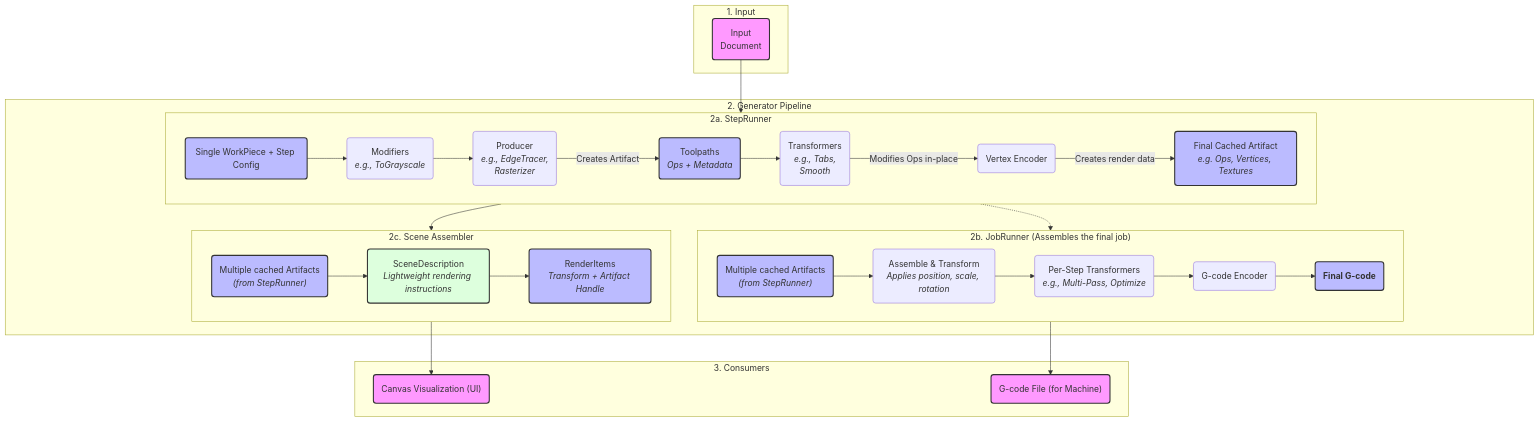
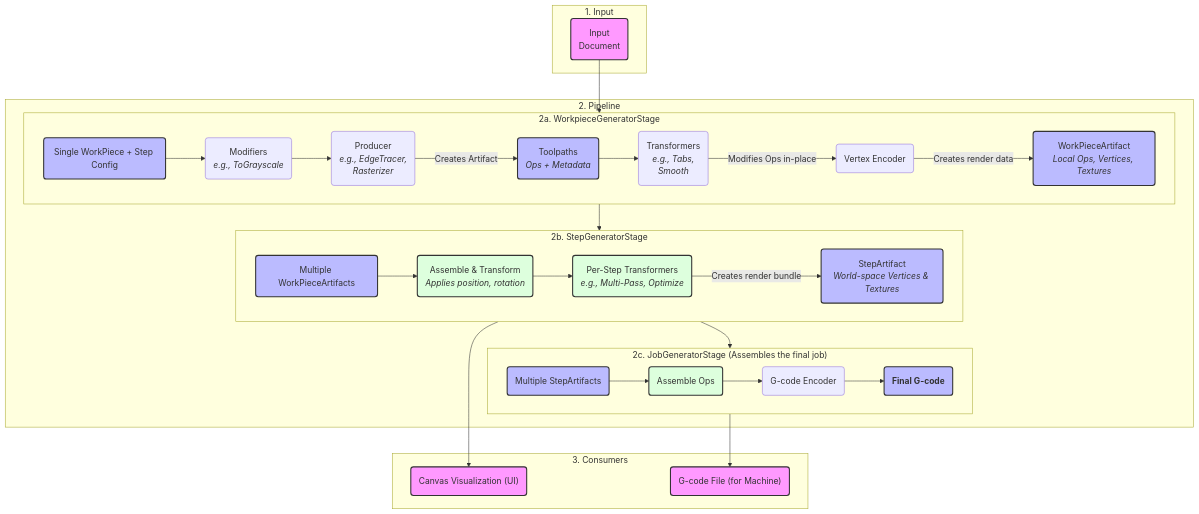
Before and after one commit to yuri-schmaltz/my-rayforge: the diagram in website/content/docs/developer/pipeline.md, drawn with Mermaid. The commit also changed other lines of this file and 21 other files, not shown here.

Commit message:
rename OpsGenerator to pipeline everywhere

````diff
--- a/website/content/docs/developer/pipeline.md
+++ b/website/content/docs/developer/pipeline.md
@@ -7,53 +7,53 @@
 ```mermaid
 graph TD
     subgraph "1. Input"
         Input("Input<br/>Document")
     end
 
-    subgraph "2. Generator Pipeline"
-        subgraph "2a. StepRunner"
+    subgraph "2. Pipeline"
+        subgraph "2a. WorkpieceGeneratorStage"
             direction LR
             A(Single WorkPiece + Step Config);
             A --> B(Modifiers<br/><i>e.g., ToGrayscale</i>);
             B --> C(Producer<br/><i>e.g., EdgeTracer,<br/>Rasterizer</i>);
             C -- "Creates Artifact" --> D("Toolpaths<br/><i>Ops + Metadata</i>");
             D --> E(Transformers<br/><i>e.g., Tabs,<br/>Smooth</i>);
             E -- "Modifies Ops in-place" --> F(Vertex Encoder);
-            F -- "Creates render data" --> G("Final Cached Artifact<br/><i>e.g. Ops, Vertices, Textures</i>");
+            F -- "Creates render data" --> G("WorkPieceArtifact<br/><i>Local Ops, Vertices, Textures</i>");
+        end
+        
+        subgraph "2b. StepGeneratorStage"
+            direction LR
+            H("Multiple WorkPieceArtifacts");
+            H --> I(Assemble & Transform<br/><i>Applies position, rotation</i>);
+            I --> J(Per-Step Transformers<br/><i>e.g., Multi-Pass, Optimize</i>);
+            J -- "Creates render bundle" --> K("StepArtifact<br/><i>World-space Vertices & Textures</i>")
         end
 
-        subgraph "2c. Scene Assembler"
+        subgraph "2c. JobGeneratorStage (Assembles the final job)"
             direction LR
-            H("Multiple cached Artifacts<br/><i>(from StepRunner)</i>");
-            H --> I(SceneDescription<br/><i>Lightweight rendering instructions</i>);
-            I --> J("RenderItems<br/><i>Transform + Artifact Handle</i>");
-        end
-
-        subgraph "2b. JobRunner (Assembles the final job)"
-            direction LR
-            K("Multiple cached Artifacts<br/><i>(from StepRunner)</i>");
-            K --> L(Assemble & Transform<br/><i>Applies position, scale, rotation</i>);
-            L --> M(Per-Step Transformers<br/><i>e.g., Multi-Pass, Optimize</i>);
+            L("Multiple StepArtifacts");
+            L --> M(Assemble Ops);
             M --> N(G-code Encoder);
             N --> O(<b>Final G-code</b>);
         end
     end
 
     subgraph "3. Consumers"
         Vis("Canvas Visualization (UI)")
         File("G-code File (for Machine)")
     end
 
     Input --> A;
     G --> H;
-    G -.-> K;
-    J --> Vis;
+    K --> L;
+    K --> Vis;
     O --> File;
 
     classDef io fill:#f9f,stroke:#333,stroke-width:2px;
     classDef output fill:#bbf,stroke:#333,stroke-width:2px,max-width:500px;
     classDef highlight fill:#dfd,stroke:#333,stroke-width:2px;
     class Input,Vis,File io;
-    class A,D,G,H,J,K,O output;
-    class I highlight
+    class A,D,G,H,K,L,O output;
+    class I,J,M highlight
 ```
````
